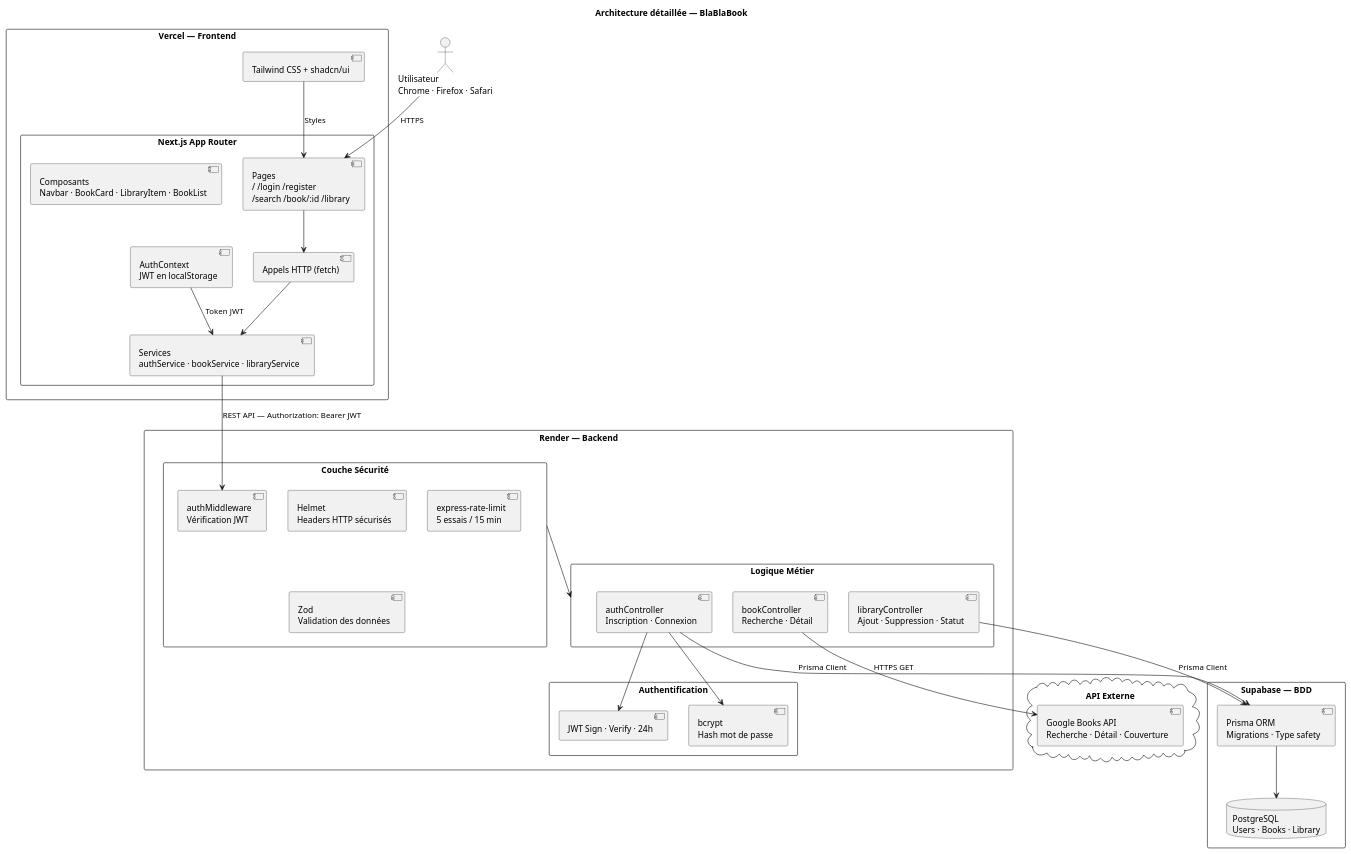
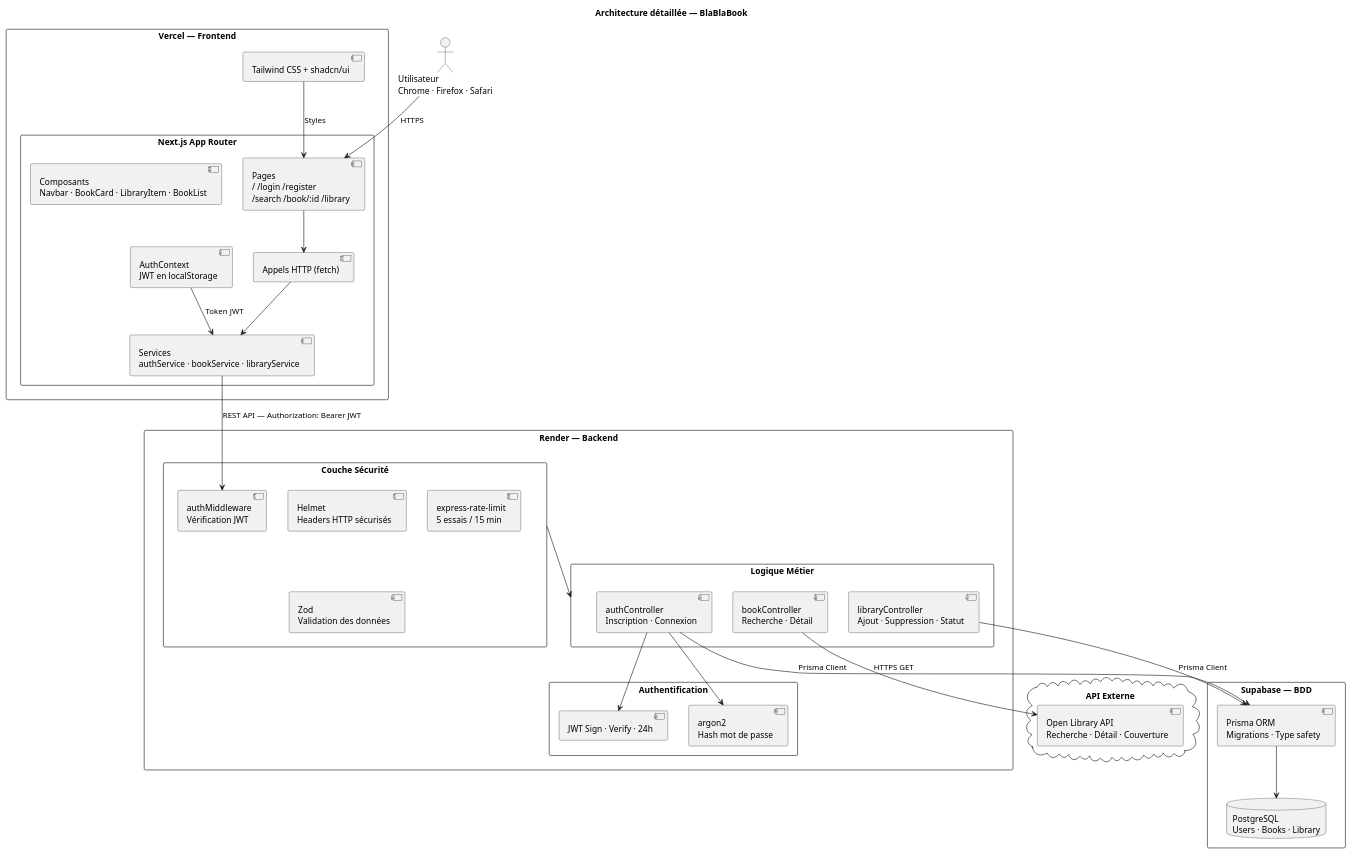
The diagram in docs/sprint 0/diagrammes/architecture-application-detaillee.puml (opheliecuny/BlaBlaBook), drawn with PlantUML before and after one commit. The commit also changed 24 other files, not shown here.

```diff
--- a/docs/sprint 0/diagrammes/architecture-application-detaillee.puml
+++ b/docs/sprint 0/diagrammes/architecture-application-detaillee.puml
@@ -1,63 +1,63 @@
 @startuml
 title Architecture détaillée — BlaBlaBook
 
 actor "Utilisateur\nChrome · Firefox · Safari" as U
 
 rectangle "Vercel — Frontend" {
   component "Tailwind CSS + shadcn/ui" as TW
 
   rectangle "Next.js App Router" {
     component "Pages\n/ /login /register\n/search /book/:id /library" as PAGES
     component "AuthContext\nJWT en localStorage" as AUTH_CTX
     component "Appels HTTP (fetch)" as FETCH
     component "Composants\nNavbar · BookCard · LibraryItem · BookList" as COMP
     component "Services\nauthService · bookService · libraryService" as SVC
   }
 
   TW --> PAGES : Styles
   PAGES --> FETCH
   FETCH --> SVC
   AUTH_CTX --> SVC : Token JWT
 }
 
 rectangle "Render — Backend" {
   rectangle "Couche Sécurité" {
     component "Helmet\nHeaders HTTP sécurisés" as HLM
     component "express-rate-limit\n5 essais / 15 min" as RRL
     component "authMiddleware\nVérification JWT" as AUTHMW
     component "Zod\nValidation des données" as ZOD
   }
 
   rectangle "Logique Métier" {
     component "bookController\nRecherche · Détail" as BKCTRL
     component "libraryController\nAjout · Suppression · Statut" as LIBCTRL
     component "authController\nInscription · Connexion" as AUTHCTRL
   }
 
   rectangle "Authentification" {
-    component "bcrypt\nHash mot de passe" as BCRYPT
+    component "argon2\nHash mot de passe" as ARGON2
     component "JWT Sign · Verify · 24h" as JWT
   }
 
   [Couche Sécurité] --> [Logique Métier]
-  AUTHCTRL --> BCRYPT
+  AUTHCTRL --> ARGON2
   AUTHCTRL --> JWT
 }
 
 rectangle "Supabase — BDD" {
   component "Prisma ORM\nMigrations · Type safety" as PRISMA
   database "PostgreSQL\nUsers · Books · Library" as PG
   PRISMA --> PG
 }
 
 cloud "API Externe" {
-  component "Google Books API\nRecherche · Détail · Couverture" as GB
+  component "Open Library API\nRecherche · Détail · Couverture" as GB
 }
 
 U --> PAGES : HTTPS
 SVC --> AUTHMW : REST API — Authorization: Bearer JWT
 BKCTRL --> GB : HTTPS GET
 LIBCTRL --> PRISMA : Prisma Client
 AUTHCTRL --> PRISMA : Prisma Client
 
 @enduml
```
